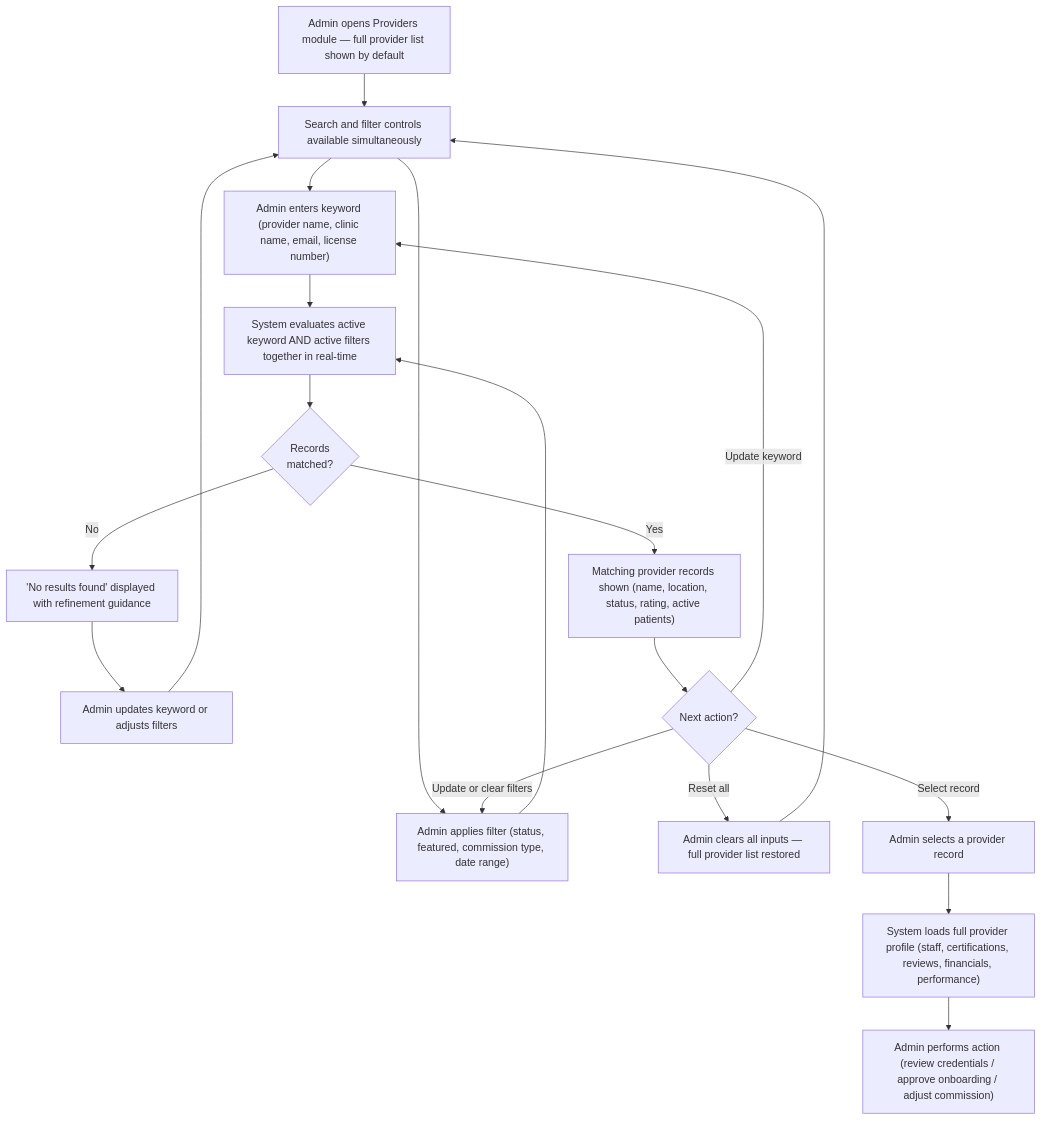
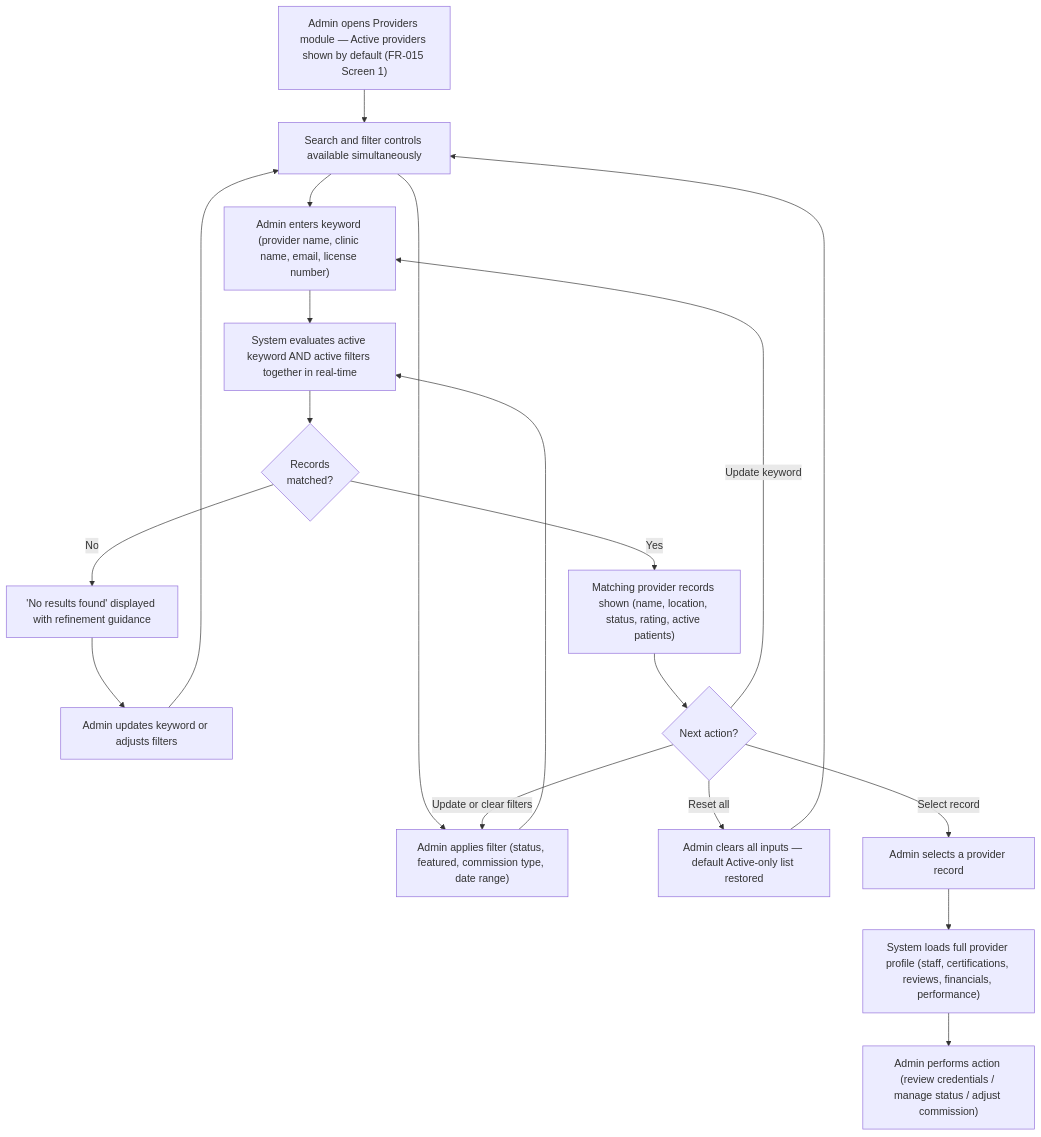
Before and after one commit to joachimtrungtuan/hairline-pm-docs: the second of 8 diagrams in project-requirements/functional-requirements/fr022-search-filtering/prd.md, drawn with Mermaid. The commit also changed other lines of this file and 2 other files, not shown here.

First line of the commit message:
docs(fr-022): align provider status filter with FR-015

````diff
--- a/project-requirements/functional-requirements/fr022-search-filtering/prd.md
+++ b/project-requirements/functional-requirements/fr022-search-filtering/prd.md
@@ -152,21 +152,21 @@
 ```mermaid
 flowchart TD
-  NAV["Admin opens Providers module — full provider list shown by default"] --> CTRL["Search and filter controls available simultaneously"]
+  NAV["Admin opens Providers module — Active providers shown by default (FR-015 Screen 1)"] --> CTRL["Search and filter controls available simultaneously"]
   CTRL --> KEYWORD["Admin enters keyword (provider name, clinic name, email, license number)"]
   CTRL --> FILTER["Admin applies filter (status, featured, commission type, date range)"]
   KEYWORD --> QUERY["System evaluates active keyword AND active filters together in real-time"]
   FILTER --> QUERY
   QUERY --> FOUND{"Records\nmatched?"}
   FOUND -- "No" --> EMPTY["'No results found' displayed with refinement guidance"]
   EMPTY --> ADJUST["Admin updates keyword or adjusts filters"]
   ADJUST --> CTRL
   FOUND -- "Yes" --> RESULTS["Matching provider records shown (name, location, status, rating, active patients)"]
   RESULTS --> NEXT{"Next action?"}
   NEXT -- "Update keyword" --> KEYWORD
   NEXT -- "Update or clear filters" --> FILTER
-  NEXT -- "Reset all" --> RESET["Admin clears all inputs — full provider list restored"]
+  NEXT -- "Reset all" --> RESET["Admin clears all inputs — default Active-only list restored"]
   RESET --> CTRL
   NEXT -- "Select record" --> SELECT["Admin selects a provider record"]
   SELECT --> PROFILE["System loads full provider profile (staff, certifications, reviews, financials, performance)"]
-  PROFILE --> ACTION["Admin performs action (review credentials / approve onboarding / adjust commission)"]
+  PROFILE --> ACTION["Admin performs action (review credentials / manage status / adjust commission)"]
 ```
````
